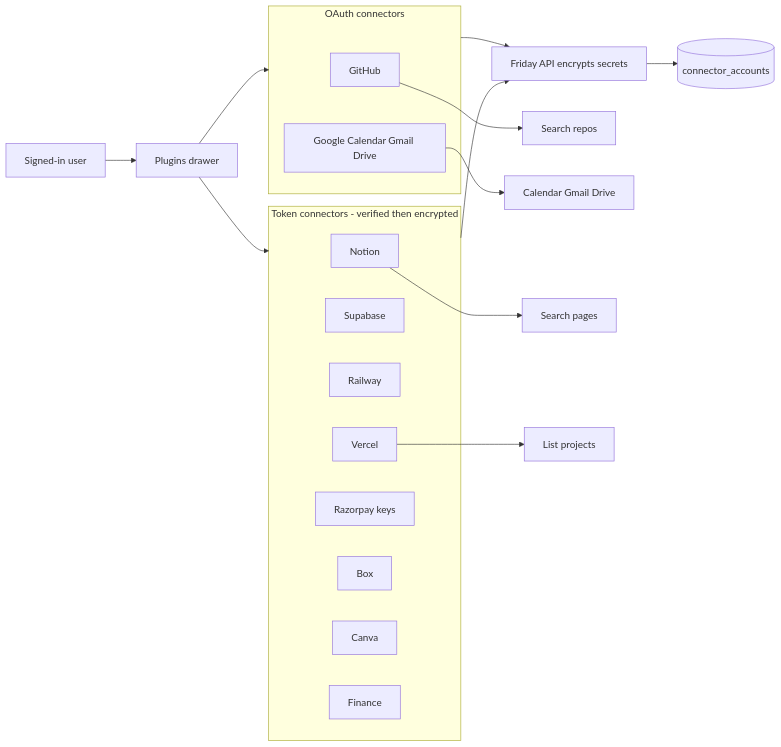
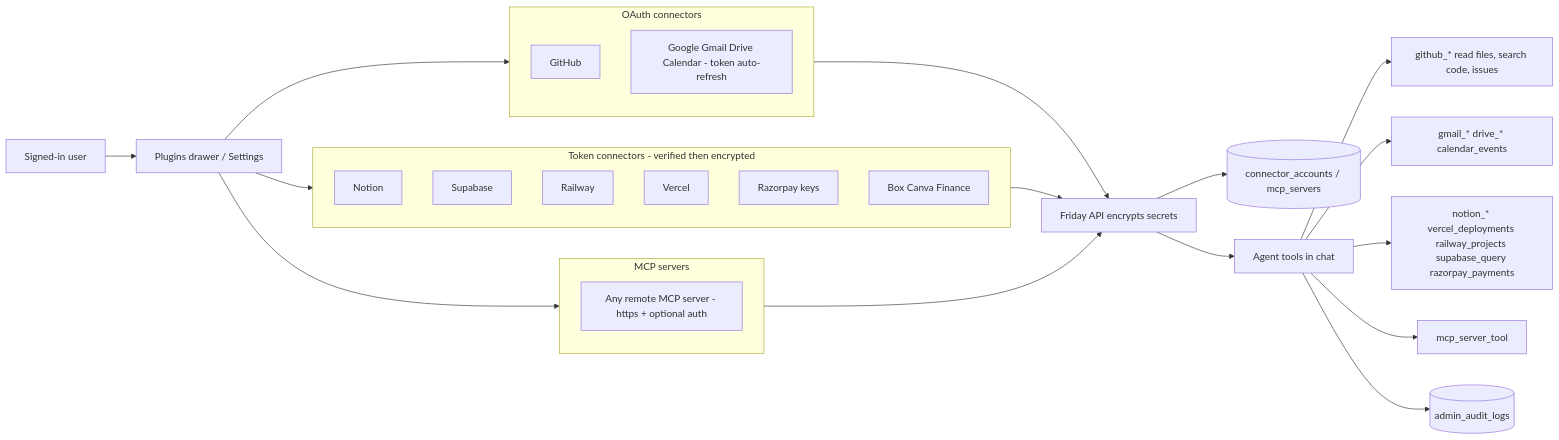
Before and after one commit to billionairestechnologies/Friday-ai: the diagram in docs/diagrams/07-how-connectors-work.mmd, drawn with Mermaid. The commit also changed 44 other files, not shown here.

First line of the commit message:
Update diagrams, docs and add CLAUDE.md project memory for the agent-platform upgrade

```diff
--- a/docs/diagrams/07-how-connectors-work.mmd
+++ b/docs/diagrams/07-how-connectors-work.mmd
@@ -1,27 +1,31 @@
 flowchart LR
   subgraph oauth [OAuth connectors]
     GH[GitHub]
-    GG[Google Calendar Gmail Drive]
+    GG[Google Gmail Drive Calendar - token auto-refresh]
   end
 
   subgraph token [Token connectors - verified then encrypted]
     N[Notion]
     S[Supabase]
     R[Railway]
     V[Vercel]
     RZ[Razorpay keys]
-    B[Box]
-    C[Canva]
-    F[Finance]
+    B[Box Canva Finance]
   end
 
-  User[Signed-in user] --> Drawer[Plugins drawer]
-  Drawer --> oauth
-  Drawer --> token
+  subgraph mcp [MCP servers]
+    M[Any remote MCP server - https + optional auth]
+  end
+
+  User[Signed-in user] --> Drawer[Plugins drawer / Settings]
+  Drawer --> oauth & token & mcp
   oauth --> API[Friday API encrypts secrets]
   token --> API
-  API --> DB[(connector_accounts)]
-  GH --> Repos[Search repos]
-  GG --> GoogleAPIs[Calendar Gmail Drive]
-  N --> NotionAPI[Search pages]
-  V --> VercelAPI[List projects]
+  mcp --> API
+  API --> DB[(connector_accounts / mcp_servers)]
+  API --> Tools[Agent tools in chat]
+  Tools --> T1[github_* read files, search code, issues]
+  Tools --> T2[gmail_* drive_* calendar_events]
+  Tools --> T3[notion_* vercel_deployments railway_projects supabase_query razorpay_payments]
+  Tools --> T4[mcp_server_tool]
+  Tools --> Audit[(admin_audit_logs)]
```
